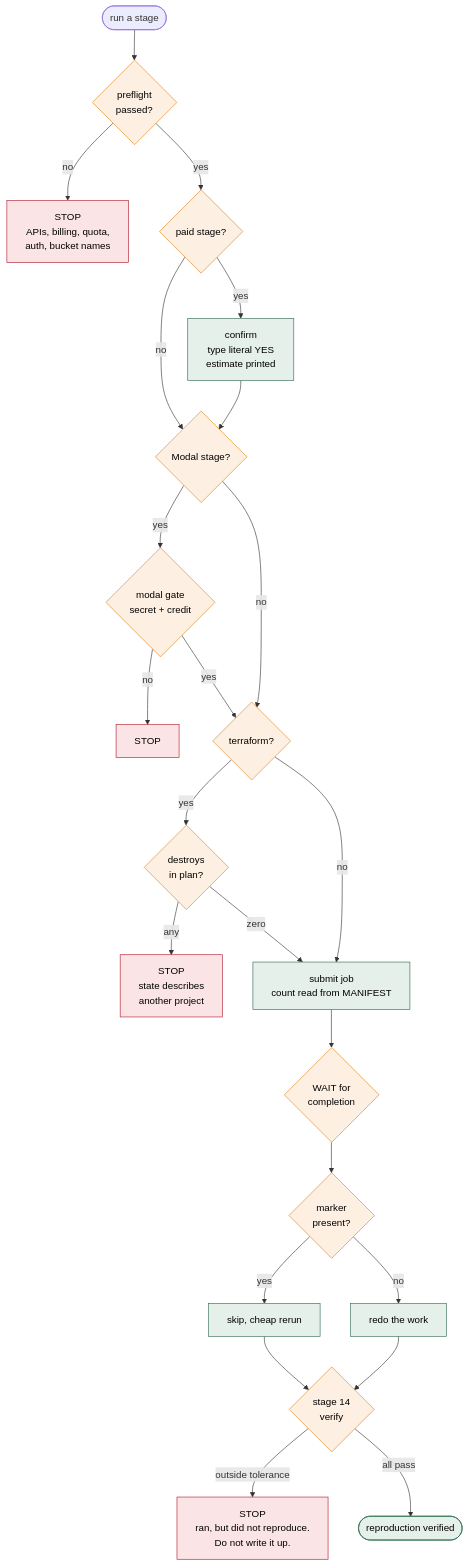
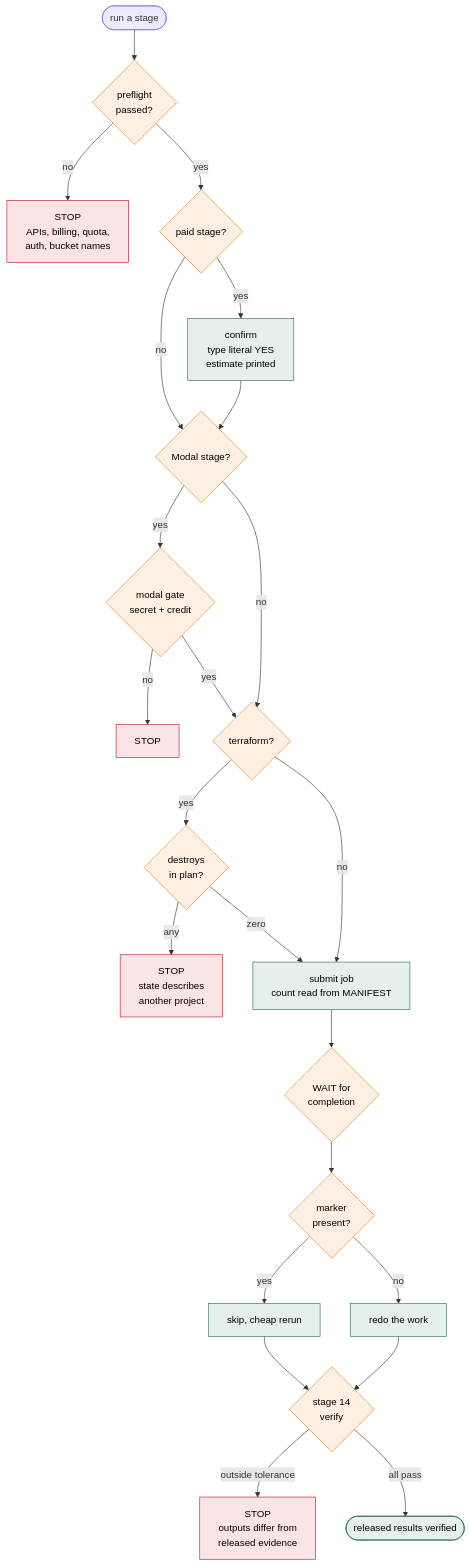
One commit to NirmalKumar31/rbp-protocol-calibration changed the seventh of 8 diagrams in docs/architecture.md. Above: the diagram before and after it, drawn with Mermaid. The commit also changed 7 other files, not shown here.

````diff
--- a/docs/architecture.md
+++ b/docs/architecture.md
@@ -370,32 +370,32 @@
 ```mermaid
 flowchart TD
     START(["run a stage"]) --> G0{"preflight<br/>passed?"}
     G0 -->|no| X0["STOP<br/>APIs, billing, quota,<br/>auth, bucket names"]
     G0 -->|yes| G1{"paid stage?"}
     G1 -->|yes| C["confirm<br/>type literal YES<br/>estimate printed"]
     G1 -->|no| G2
     C --> G2{"Modal stage?"}
     G2 -->|yes| GM{"modal gate<br/>secret + credit"}
     GM -->|no| XM["STOP"]
     GM -->|yes| G3
     G2 -->|no| G3{"terraform?"}
     G3 -->|yes| GD{"destroys<br/>in plan?"}
     GD -->|"any"| XD["STOP<br/>state describes<br/>another project"]
     GD -->|zero| RUN
     G3 -->|no| RUN["submit job<br/>count read from MANIFEST"]
     RUN --> W{"WAIT for<br/>completion"}
     W --> MK{"marker<br/>present?"}
     MK -->|no| REDO["redo the work"]
     MK -->|yes| SKIP["skip, cheap rerun"]
     SKIP --> V{"stage 14<br/>verify"}
     REDO --> V
-    V -->|"outside tolerance"| XV["STOP<br/>ran, but did not reproduce.<br/>Do not write it up."]
-    V -->|"all pass"| DONE(["reproduction verified"])
+    V -->|"outside tolerance"| XV["STOP<br/>outputs differ from<br/>released evidence"]
+    V -->|"all pass"| DONE(["released results verified"])
 
     classDef stop fill:#fbe4e6,stroke:#b2182b,color:#000
     classDef gate fill:#fdf0e3,stroke:#e08214,color:#000
     classDef ok fill:#e6f0ea,stroke:#2b6a4d,color:#000
     class X0,XM,XD,XV stop
     class G0,G1,G2,G3,GD,GM,W,MK,V gate
     class RUN,SKIP,REDO,DONE,C ok
 ```
````
